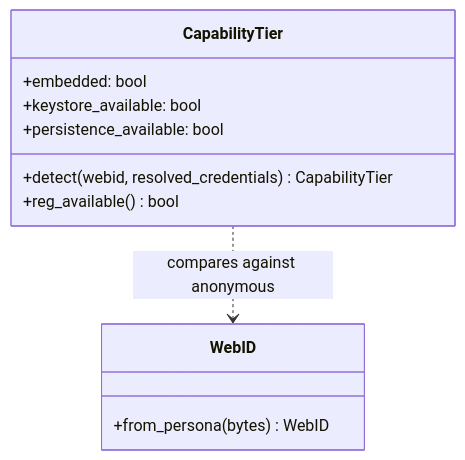
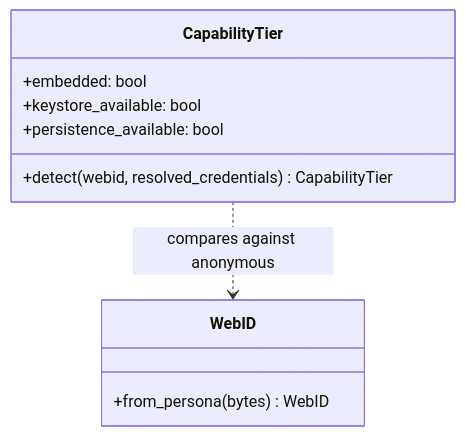
One commit to mdz-axo/zed-kask changed the second of 2 diagrams in kask/docs/diataxis/hkask-tool-port/reference.md. Above: the diagram before and after it, drawn with Mermaid. The commit also changed other lines of this file and 41 other files, not shown here.

````diff
--- a/kask/docs/diataxis/hkask-tool-port/reference.md
+++ b/kask/docs/diataxis/hkask-tool-port/reference.md
@@ -231,14 +233,13 @@
 ```mermaid
 classDiagram
     class CapabilityTier {
         +embedded: bool
         +keystore_available: bool
         +persistence_available: bool
         +detect(webid, resolved_credentials) CapabilityTier
-        +reg_available() bool
     }
     class WebID {
         +from_persona(bytes) WebID
     }
     CapabilityTier ..> WebID : compares against anonymous
 ```
````
